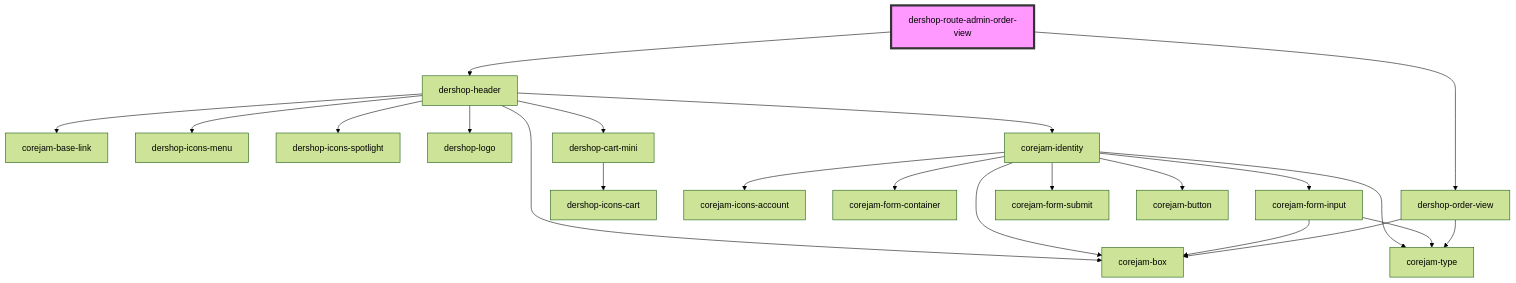
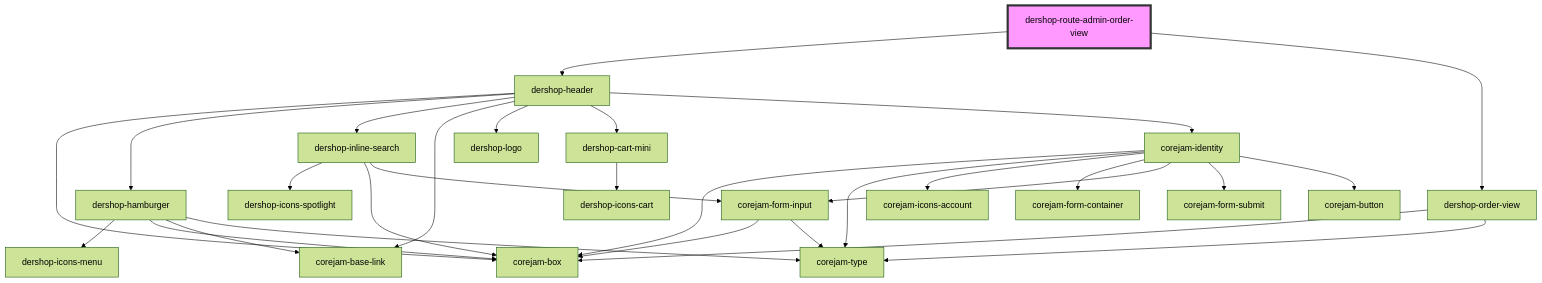
The diagram in packages/plugins/dershop/app/routes/admin/order/view/readme.md (corejam/corejam), drawn with Mermaid (forest theme) before and after one commit. The commit also changed 9 other files, not shown here.

Commit message:
revert graphql

````diff
--- a/packages/plugins/dershop/app/routes/admin/order/view/readme.md
+++ b/packages/plugins/dershop/app/routes/admin/order/view/readme.md
@@ -23,25 +23,32 @@
 ```mermaid
 graph TD;
   dershop-route-admin-order-view --> dershop-header
   dershop-route-admin-order-view --> dershop-order-view
   dershop-header --> corejam-box
+  dershop-header --> dershop-hamburger
+  dershop-header --> dershop-inline-search
   dershop-header --> corejam-base-link
-  dershop-header --> dershop-icons-menu
-  dershop-header --> dershop-icons-spotlight
   dershop-header --> dershop-logo
   dershop-header --> dershop-cart-mini
   dershop-header --> corejam-identity
+  dershop-hamburger --> dershop-icons-menu
+  dershop-hamburger --> corejam-box
+  dershop-hamburger --> corejam-base-link
+  dershop-hamburger --> corejam-type
+  dershop-inline-search --> dershop-icons-spotlight
+  dershop-inline-search --> corejam-box
+  dershop-inline-search --> corejam-form-input
+  corejam-form-input --> corejam-box
+  corejam-form-input --> corejam-type
   dershop-cart-mini --> dershop-icons-cart
   corejam-identity --> corejam-box
   corejam-identity --> corejam-type
   corejam-identity --> corejam-icons-account
   corejam-identity --> corejam-form-container
   corejam-identity --> corejam-form-input
   corejam-identity --> corejam-form-submit
   corejam-identity --> corejam-button
-  corejam-form-input --> corejam-box
-  corejam-form-input --> corejam-type
   dershop-order-view --> corejam-box
   dershop-order-view --> corejam-type
   style dershop-route-admin-order-view fill:#f9f,stroke:#333,stroke-width:4px
 ```
````
